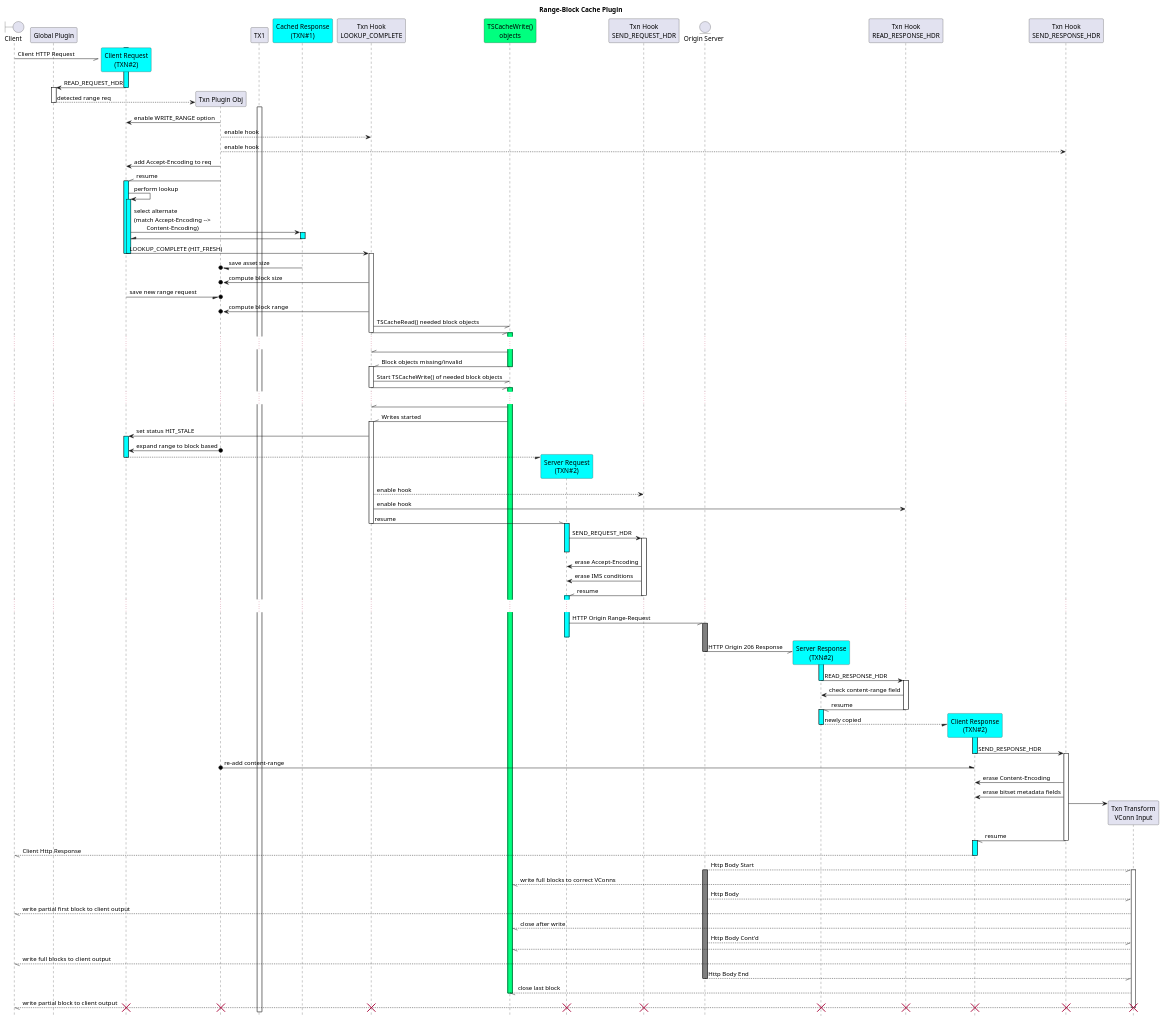
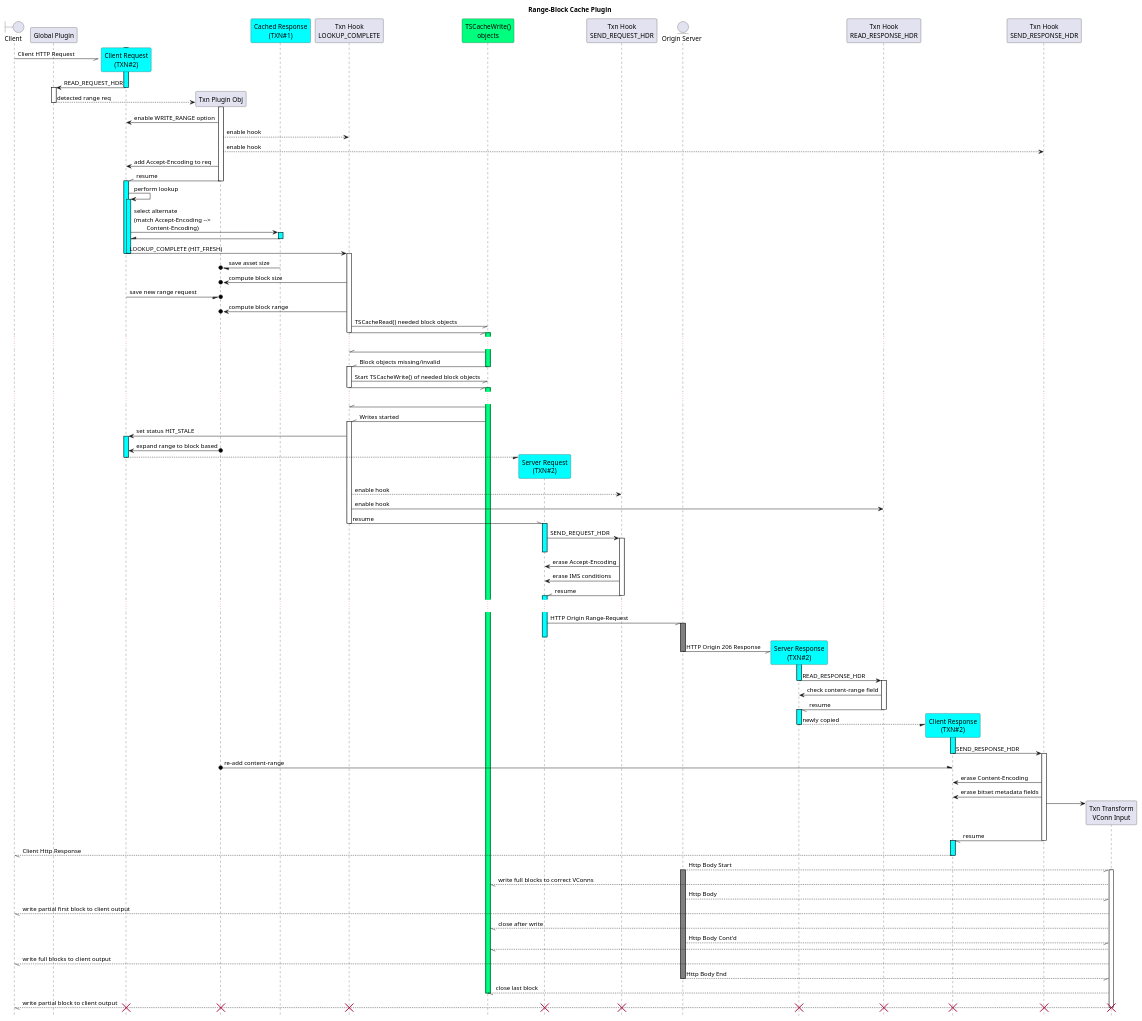
The diagram in plugins/experimental/cache_range_blocks/diags/block-cache-store.puml (chassell/trafficserver), drawn with PlantUML before and after one commit. The commit also changed 16 other files, not shown here.

```diff
--- a/plugins/experimental/cache_range_blocks/diags/block-cache-store.puml
+++ b/plugins/experimental/cache_range_blocks/diags/block-cache-store.puml
@@ -1,191 +1,191 @@
 @startuml 
 title Range-Block Cache Plugin
 hide footbox
 
 '
 ' first case: init
 '
 boundary Client as C
 create "Global Plugin" as GH1
 
 create "Client Request\n(TXN#2)" as TC2 #cyan
 activate TC2 #cyan
 C -// TC2: Client HTTP Request
 deactivate C
 
 TC2 -> GH1: READ_REQUEST_HDR
 deactivate TC2
 activate GH1
 create "Txn Plugin Obj" as TX2
 GH1 --> TX2: detected range req
 deactivate GH1
-activate TX1
+activate TX2
 TC2 <- TX2: enable WRITE_RANGE option
 
 participant "Cached Response\n(TXN#1)" as CATC #cyan
 '
 ' server and hooks
 participant "Txn Hook\nLOOKUP_COMPLETE" as TH2
 
 participant "TSCacheWrite()\nobjects" as CAWR #springgreen
 
 TX2 --> TH2: enable hook
 TX2 --> "Txn Hook\nSEND_RESPONSE_HDR" as TH5: enable hook
 TX2 -> TC2: add Accept-Encoding to req
 TC2 //- TX2: resume
 deactivate TX2
 activate TC2 #cyan
 
 TC2 -> TC2: perform lookup
 activate TC2 #cyan
 TC2 -> CATC: select alternate\n(match Accept-Encoding -->\n\tContent-Encoding)
 activate CATC #cyan
 TC2 /- CATC
 deactivate CATC
 
 TC2 -> TH2: LOOKUP_COMPLETE (HIT_FRESH)
 deactivate TC2
 deactivate TC2
 activate TH2
 '
 ' do block lookups if possible
 '
 CATC -/o TX2: save asset size
 TH2 ->o TX2: compute block size
 TC2 -/o TX2: save new range request
 TH2 ->o TX2: compute block range
 
 TH2 -// CAWR: TSCacheRead() needed block objects
 TH2 -// CAWR: 
 deactivate TH2
 activate CAWR #springgreen
 ...
 TH2 //- CAWR: 
 TH2 //- CAWR: Block objects missing/invalid
 deactivate CAWR
 activate TH2
 TH2 -// CAWR: Start TSCacheWrite() of needed block objects
 TH2 -// CAWR: 
 deactivate TH2
 activate CAWR #springgreen
 ...
 TH2 //- CAWR: 
 TH2 //- CAWR: Writes started
 activate TH2
 TH2 -> TC2: set status HIT_STALE
 activate TC2 #cyan
 TX2 o-> TC2: expand range to block based
 
 '
 ' prepare for request
 '
 
 create "Server Request\n(TXN#2)" as TQ2 #cyan
 TC2 --/ TQ2
 deactivate TC2
 
 participant "Txn Hook\nSEND_REQUEST_HDR" as TH3
 
 TH2 --> TH3: enable hook
 
 '
 ' server and hooks
 entity "Origin Server" as S
 
 TH2 -> "Txn Hook\nREAD_RESPONSE_HDR" as TH4: enable hook
 TQ2 //- TH2: resume
 deactivate TH2
 activate TQ2 #cyan
 TQ2 -> TH3: SEND_REQUEST_HDR
 activate TH3
 deactivate TQ2
 TQ2 <- TH3: erase Accept-Encoding
 TQ2 <- TH3: erase IMS conditions
 TQ2 //- TH3: resume
 deactivate TH3
 activate TQ2 #cyan
 
 ...
 TQ2 -// S: HTTP Origin Range-Request
 activate S #grey
 deactivate TQ2
 create "Server Response\n(TXN#2)" as TA2 #cyan
 S -// TA2: HTTP Origin 206 Response
 deactivate S
 activate TA2 #cyan
 
 participant TH4
 
 TA2 -> TH4: READ_RESPONSE_HDR
 deactivate TA2
 activate TH4
 'TX2 o/- TA2: save content-range field
 'TH4 -> TH4: compute block size
 TH4 -> TA2: check content-range field
 'TH4 -> TA2: reset status to 200 OK 
 'TH4 -> TA2: assign Content-Encoding
 'TH4 -> TA2: assign bitset metadata fields
 TH4 -// TA2: resume
 
 deactivate TH4
 activate TA2 #cyan
 
 create "Client Response\n(TXN#2)" as TR2 #cyan
 TA2 --/ TR2: newly copied
 
 deactivate TA2
 activate TR2 #cyan
 
 'create "Cached Response\n(TXN#1)" as TCR2 #cyan
 'TA2 --/ TCR2
 
 participant TH5
 
 TR2 -> TH5: SEND_RESPONSE_HDR
 deactivate TR2
 activate TH5
 TR2 /-o TX2: re-add content-range
 'TH5 -> TR2: reset status to 206 Partial Content
 TH5 -> TR2: erase Content-Encoding
 TH5 -> TR2: erase bitset metadata fields
 
 create "Txn Transform\nVConn Input" as TXIN
 TH5 -> TXIN
 
 TH5 -// TR2: resume
 deactivate TH5
 activate TR2 #cyan
 TR2 --// C: Client Http Response
 
 deactivate TR2
 S --// TXIN: Http Body Start
 activate S #grey
 activate TXIN
 TXIN --// CAWR: write full blocks to correct VConns
 S --// TXIN: Http Body
 TXIN --// C: write partial first block to client output
 TXIN --// CAWR: close after write
 S --// TXIN: Http Body Cont'd
 TXIN --// CAWR: 
 TXIN --// C: write full blocks to client output
 S --// TXIN: Http Body End
 deactivate S
 TXIN --// CAWR: close last block
 deactivate CAWR
 TXIN --// C: write partial block to client output
 deactivate TXIN
 deactivate C
 
 destroy TC2
 destroy TQ2
 destroy TA2
 destroy TR2
 destroy TX2
 destroy TH2
 destroy TH3
 destroy TH4
 destroy TH5
 destroy TXIN
 
 
 @enduml
```
